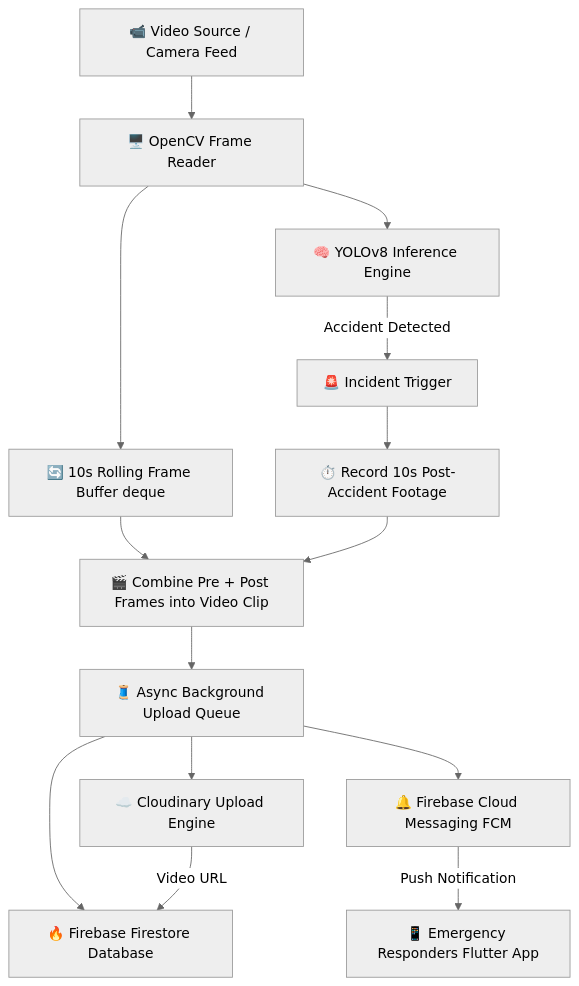
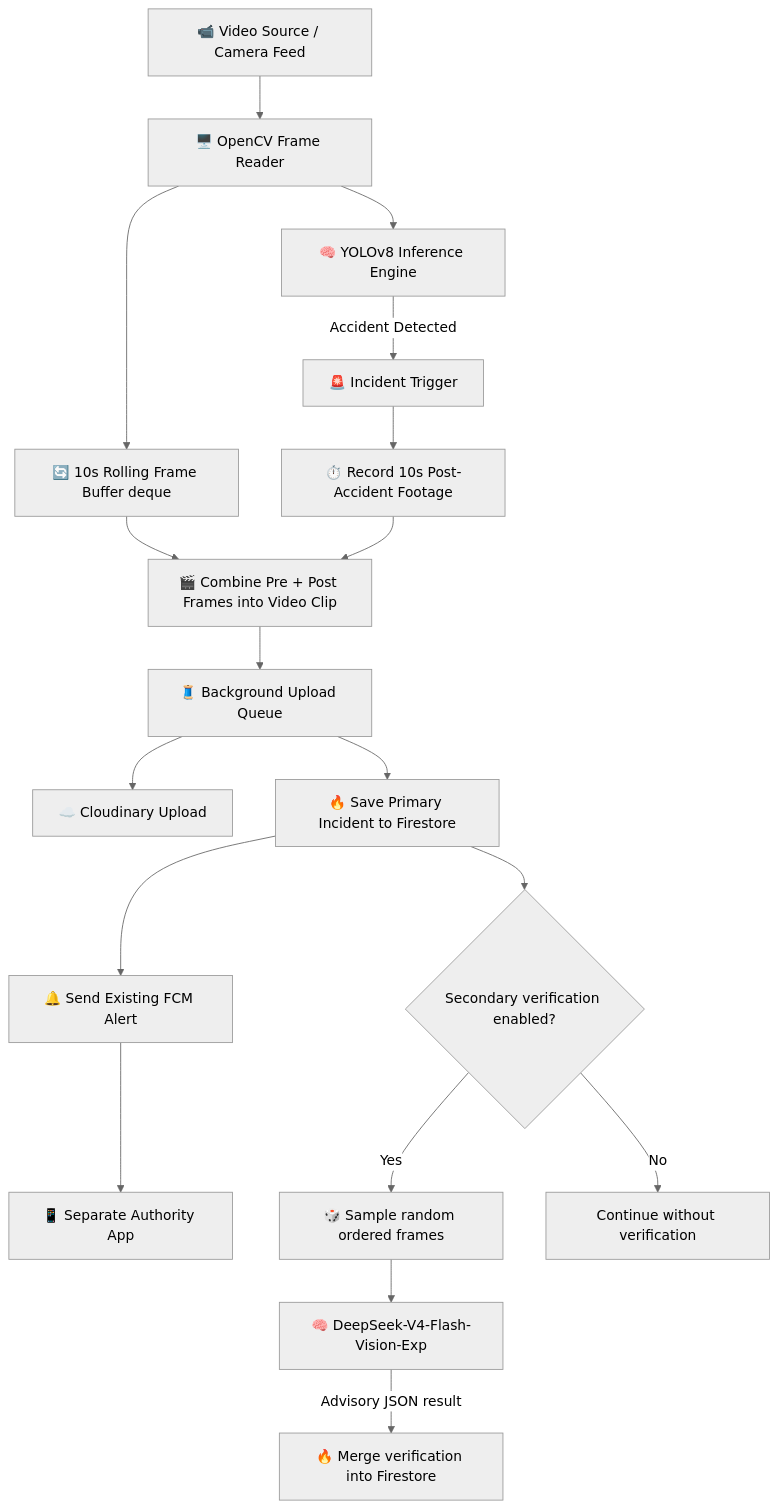
The diagram in README.md (AliHaider151/FYP-Crash-Guard), drawn with Mermaid (neutral theme) before and after one commit. The commit also changed other lines of this file and 57 other files, not shown here.

````diff
--- a/README.md
+++ b/README.md
@@ -29,19 +29,22 @@
-   ```mermaid
-   flowchart TD
-      A[📹 Video Source / Camera Feed] --> B[🖥️ OpenCV Frame Reader]
-      B --> C[🧠 YOLOv8 Inference Engine]
-      B --> D[🔄 10s Rolling Frame Buffer deque]
+```mermaid
+flowchart TD
+   A[📹 Video Source / Camera Feed] --> B[🖥️ OpenCV Frame Reader]
+   B --> C[🧠 YOLOv8 Inference Engine]
+   B --> D[🔄 10s Rolling Frame Buffer deque]
 
-      C -->|Accident Detected| E[🚨 Incident Trigger]
-      E --> F[⏱️ Record 10s Post-Accident Footage]
-      D --> G[🎬 Combine Pre + Post Frames into Video Clip]
-      F --> G
+   C -->|Accident Detected| E[🚨 Incident Trigger]
+   E --> F[⏱️ Record 10s Post-Accident Footage]
+   D --> G[🎬 Combine Pre + Post Frames into Video Clip]
+   F --> G
 
-      G --> H[🧵 Async Background Upload Queue]
-      H --> I[☁️ Cloudinary Upload Engine]
-      H --> J[🔥 Firebase Firestore Database]
-      H --> K[🔔 Firebase Cloud Messaging FCM]
-
-      I -->|Video URL| J
-      K -->|Push Notification| L[📱 Emergency Responders Flutter App]
-   ```
+    G --> H[🧵 Background Upload Queue]
+    H --> I[☁️ Cloudinary Upload]
+    H --> J[🔥 Save Primary Incident to Firestore]
+    J --> K[🔔 Send Existing FCM Alert]
+    K --> L[📱 Separate Authority App]
+    J --> M{Secondary verification enabled?}
+    M -->|Yes| N[🎲 Sample random ordered frames]
+    N --> O[🧠 DeepSeek-V4-Flash-Vision-Exp]
+    O -->|Advisory JSON result| P[🔥 Merge verification into Firestore]
+    M -->|No| Q[Continue without verification]
+```
````
